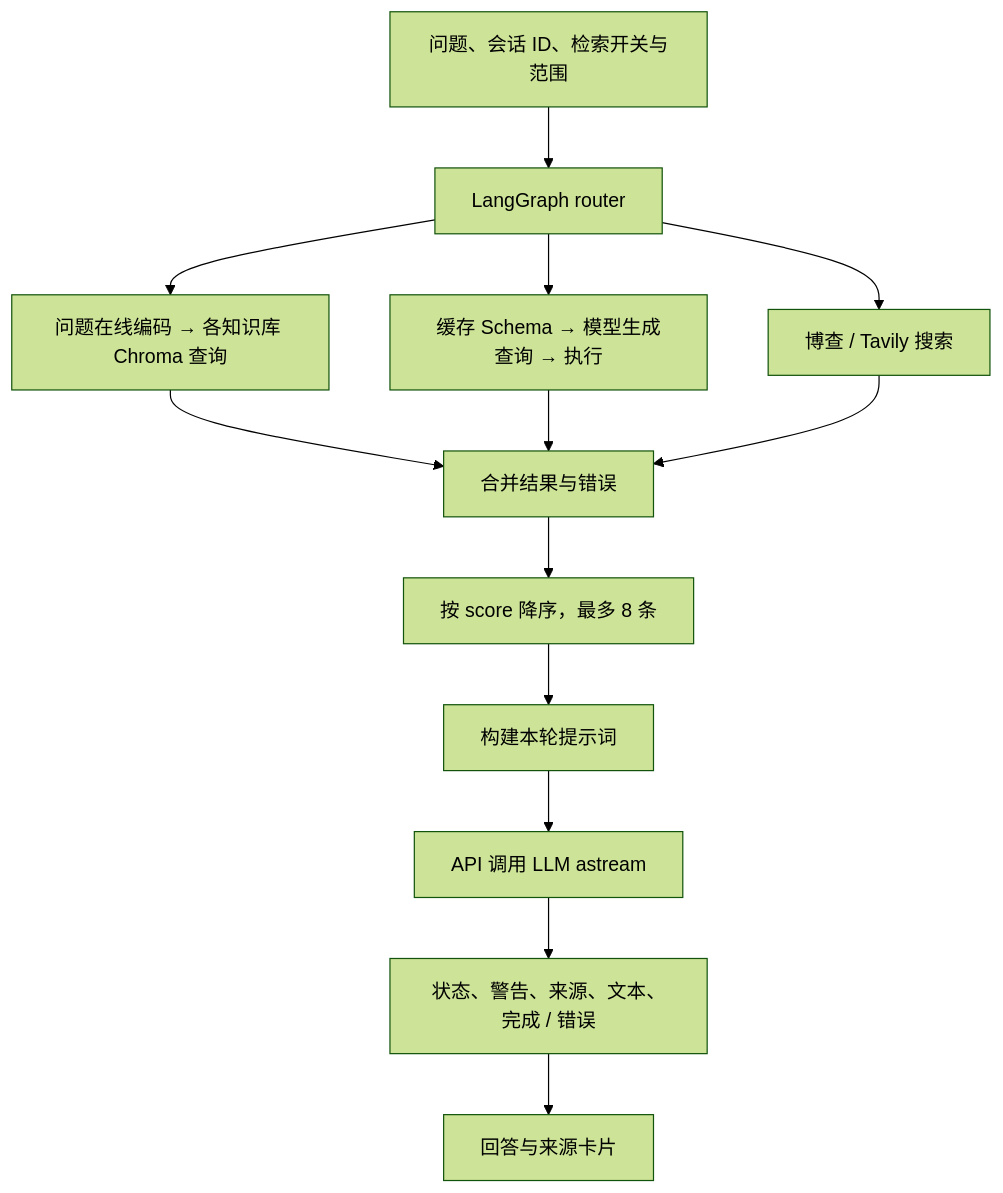
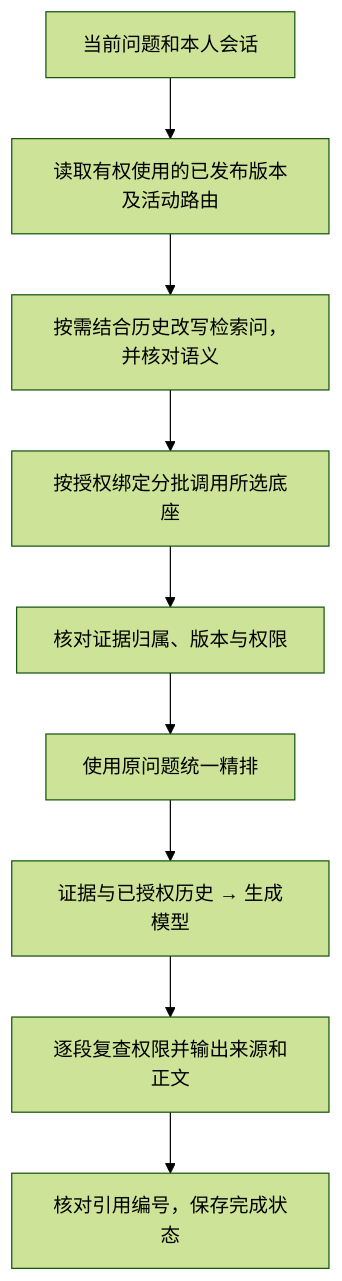
Before and after one commit to tomkluas/EnterpriseRag: the third of 3 diagrams in README.md, drawn with Mermaid (forest theme). The commit also changed other lines of this file and 254 other files, not shown here.

````diff
--- a/README.md
+++ b/README.md
@@ -201,15 +156,11 @@
 ```mermaid
 flowchart TD
-    Request[问题、会话 ID、检索开关与范围] --> Router[LangGraph router]
-    Router --> Vector[问题在线编码 → 各知识库 Chroma 查询]
-    Router --> DB[缓存 Schema → 模型生成查询 → 执行]
-    Router --> Web[博查 / Tavily 搜索]
-    Vector --> Merge[合并结果与错误]
-    DB --> Merge
-    Web --> Merge
-    Merge --> Sort[按 score 降序，最多 8 条]
-    Sort --> Prompt[构建本轮提示词]
-    Prompt --> Stream[API 调用 LLM astream]
-    Stream --> SSE[状态、警告、来源、文本、完成 / 错误]
-    SSE --> UI[回答与来源卡片]
+    Question[当前问题和本人会话] --> Scope[读取有权使用的已发布版本及活动路由]
+    Scope --> Rewrite[按需结合历史改写检索问，并核对语义]
+    Rewrite --> Retrieve[按授权绑定分批调用所选底座]
+    Retrieve --> Check[核对证据归属、版本与权限]
+    Check --> Rank[使用原问题统一精排]
+    Rank --> Generate[证据与已授权历史 → 生成模型]
+    Generate --> Stream[逐段复查权限并输出来源和正文]
+    Stream --> Save[核对引用编号，保存完成状态]
 ```
````
